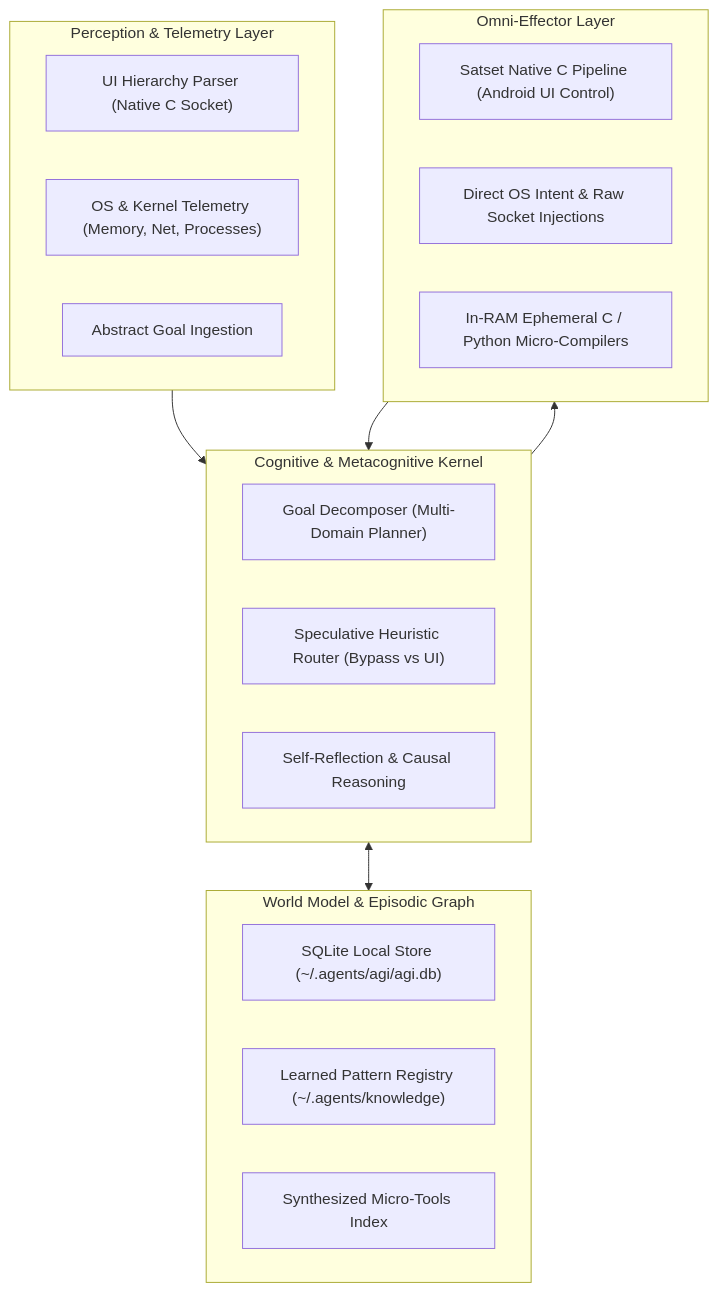
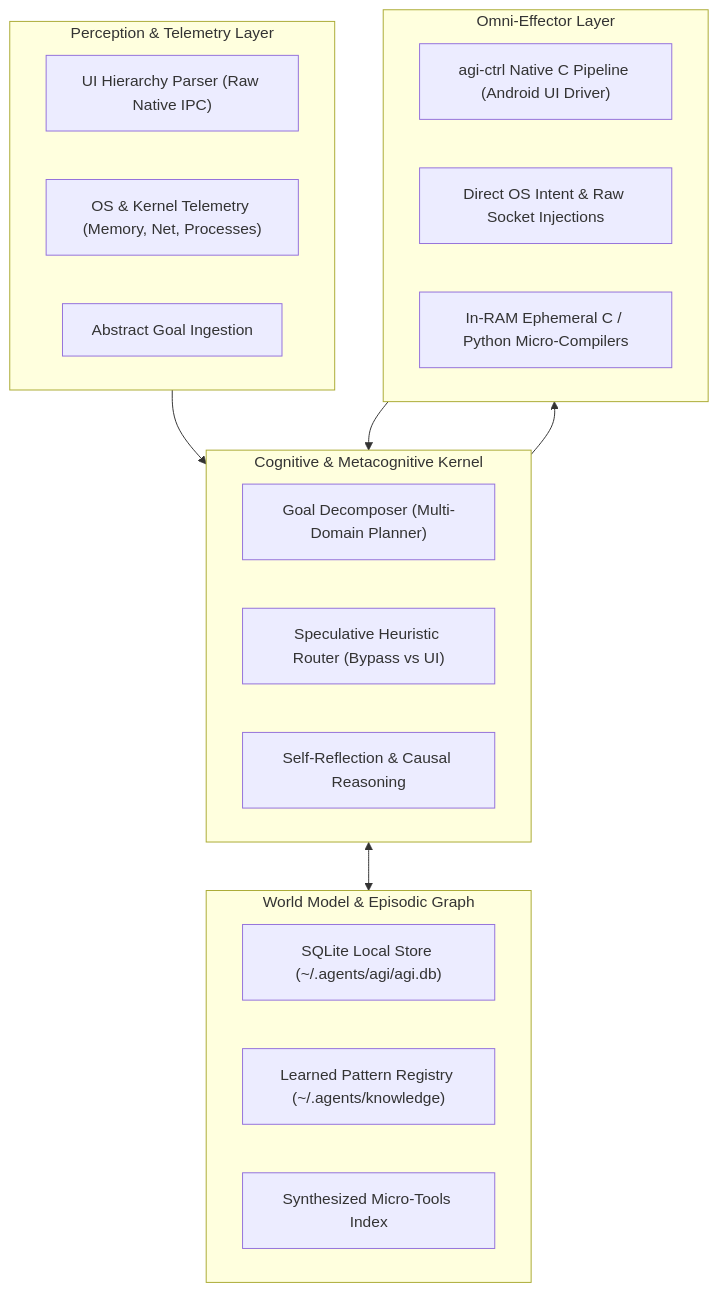
One commit to papertop221/autonomous-mobile-agi changed the diagram in README.md. Above: the diagram before and after it, drawn with Mermaid. The commit also changed other lines of this file and 4 other files, not shown here.

Commit message:
refactor: rename satset references to agi-ctrl and upgrade repo to autonomous-mobile-agi

````diff
--- a/README.md
+++ b/README.md
@@ -32,31 +32,31 @@
 ```mermaid
 flowchart TD
     subgraph PERCEPTION ["Perception & Telemetry Layer"]
-        P1["UI Hierarchy Parser (Native C Socket)"]
+        P1["UI Hierarchy Parser (Raw Native IPC)"]
         P2["OS & Kernel Telemetry (Memory, Net, Processes)"]
         P3["Abstract Goal Ingestion"]
     end
 
     subgraph COGNITION ["Cognitive & Metacognitive Kernel"]
         C1["Goal Decomposer (Multi-Domain Planner)"]
         C2["Speculative Heuristic Router (Bypass vs UI)"]
         C3["Self-Reflection & Causal Reasoning"]
     end
 
     subgraph MEMORY ["World Model & Episodic Graph"]
         M1["SQLite Local Store (~/.agents/agi/agi.db)"]
         M2["Learned Pattern Registry (~/.agents/knowledge)"]
         M3["Synthesized Micro-Tools Index"]
     end
 
     subgraph ACTION ["Omni-Effector Layer"]
-        A1["Satset Native C Pipeline (Android UI Control)"]
+        A1["agi-ctrl Native C Pipeline (Android UI Driver)"]
         A2["Direct OS Intent & Raw Socket Injections"]
         A3["In-RAM Ephemeral C / Python Micro-Compilers"]
     end
 
     PERCEPTION --> COGNITION
     COGNITION <--> MEMORY
     COGNITION --> ACTION
     ACTION --> COGNITION
 ```
````
